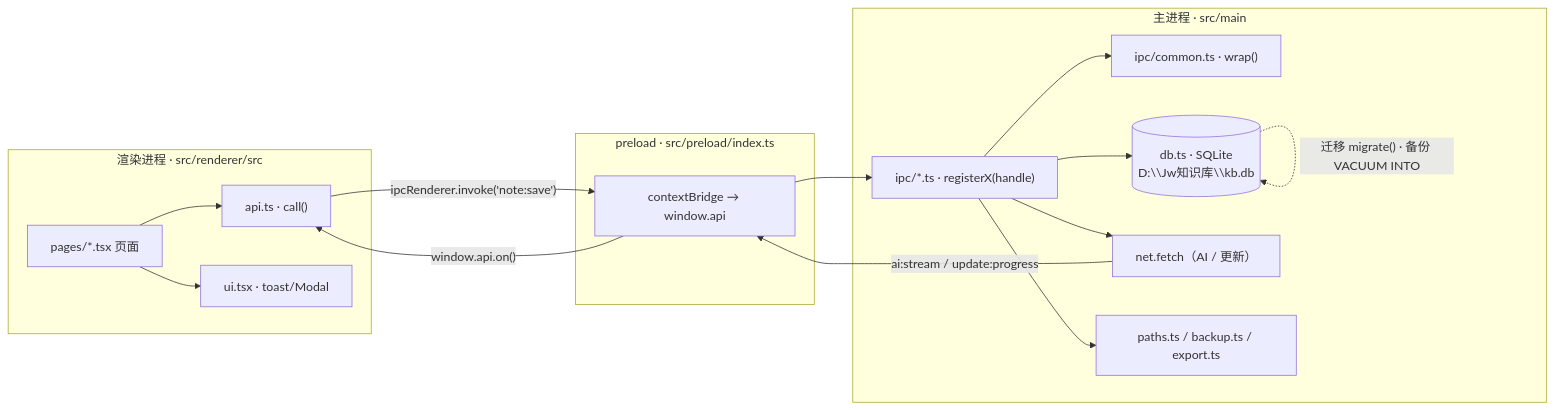
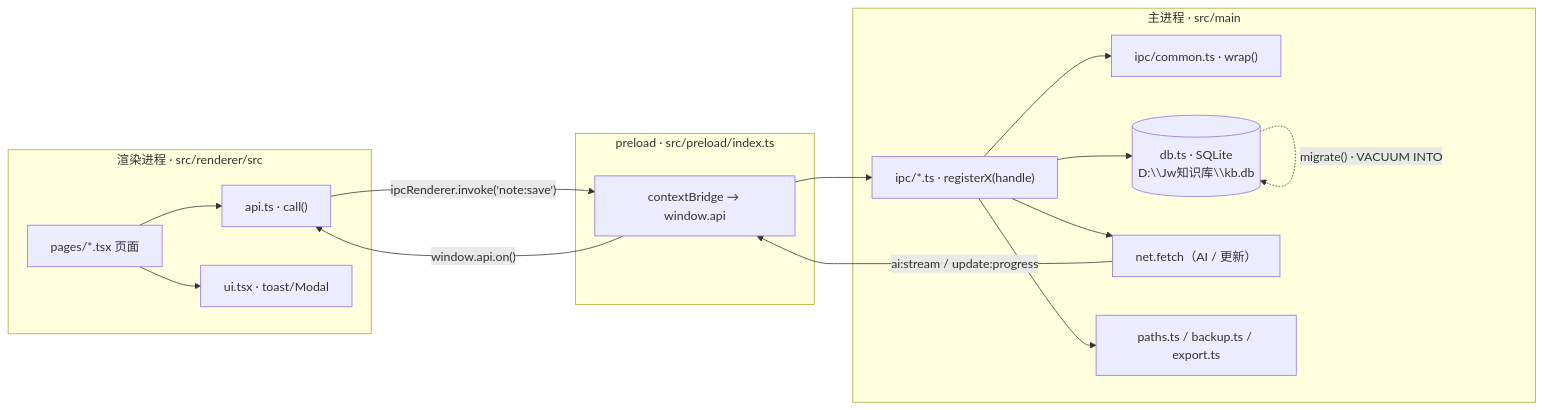
Before and after one commit to x-000001/zhishiku: the first of 4 diagrams in DEVELOPER_GUIDE.md, drawn with Mermaid. The commit also changed other lines of this file and 4 other files, not shown here.

````diff
--- a/DEVELOPER_GUIDE.md
+++ b/DEVELOPER_GUIDE.md
@@ -197,19 +200,19 @@
 ```mermaid
 flowchart LR
   subgraph R["渲染进程 · src/renderer/src"]
     UI["pages/*.tsx 页面"] --> APIM["api.ts · call()"]
     UI --> UIM["ui.tsx · toast/Modal"]
   end
   subgraph P["preload · src/preload/index.ts"]
     BR["contextBridge → window.api"]
   end
   subgraph M["主进程 · src/main"]
     REG["ipc/*.ts · registerX(handle)"] --> WRAP["ipc/common.ts · wrap()"]
     REG --> DB[("db.ts · SQLite<br/>D:\\Jw知识库\\kb.db")]
     REG --> NET["net.fetch（AI / 更新）"]
     REG --> FS["paths.ts / backup.ts / export.ts"]
   end
   APIM -- "ipcRenderer.invoke('note:save')" --> BR --> REG
   NET -- "ai:stream / update:progress" --> BR -- "window.api.on()" --> APIM
-  DB -. "迁移 migrate() · 备份 VACUUM INTO" .-> DB
+  DB -. "migrate() · VACUUM INTO" .-> DB
 ```
````
